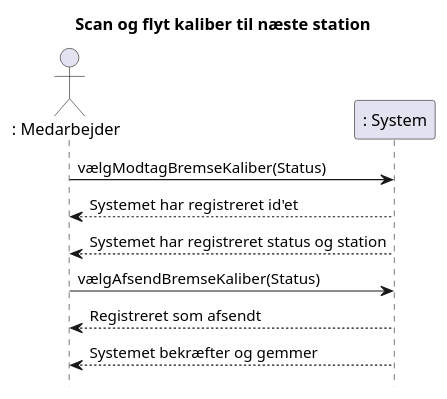
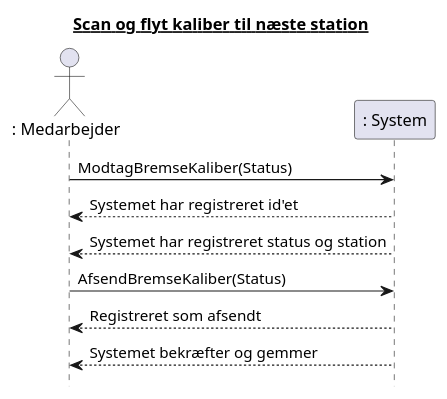
One commit to senan2315/Team-5A-Budweg changed the diagram in Adfærdsartefakter/Systemsekvensdiagram(SSD).plantuml. Above: the diagram before and after it, drawn with PlantUML. The commit also changed 7 other files, not shown here.

```diff
--- a/Adfærdsartefakter/Systemsekvensdiagram(SSD).plantuml
+++ b/Adfærdsartefakter/Systemsekvensdiagram(SSD).plantuml
@@ -1,18 +1,18 @@
 @startuml SSD
-title Scan og flyt kaliber til næste station
+title <u>Scan og flyt kaliber til næste station </u>
 
 Actor ": Medarbejder" as Medarbejder
 participant ": System" as System
 
-Medarbejder -> System: vælgModtagBremseKaliber(Status)
+Medarbejder -> System: ModtagBremseKaliber(Status)
 System --> Medarbejder: Systemet har registreret id'et
 System --> Medarbejder: Systemet har registreret status og station
 
-Medarbejder -> System: vælgAfsendBremseKaliber(Status)
+Medarbejder -> System: AfsendBremseKaliber(Status)
 System --> Medarbejder: Registreret som afsendt
 System --> Medarbejder: Systemet bekræfter og gemmer
 
 
 hide footbox
 
 @enduml
```
